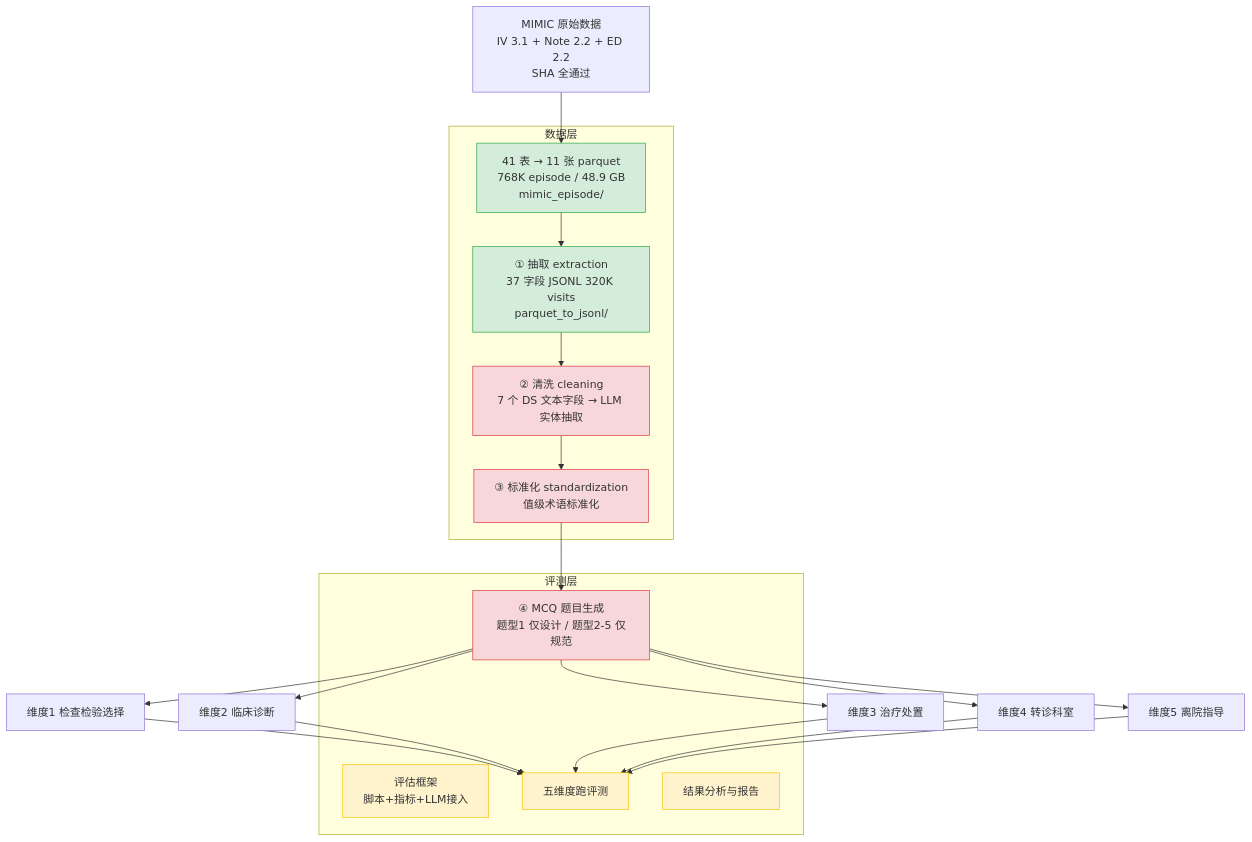
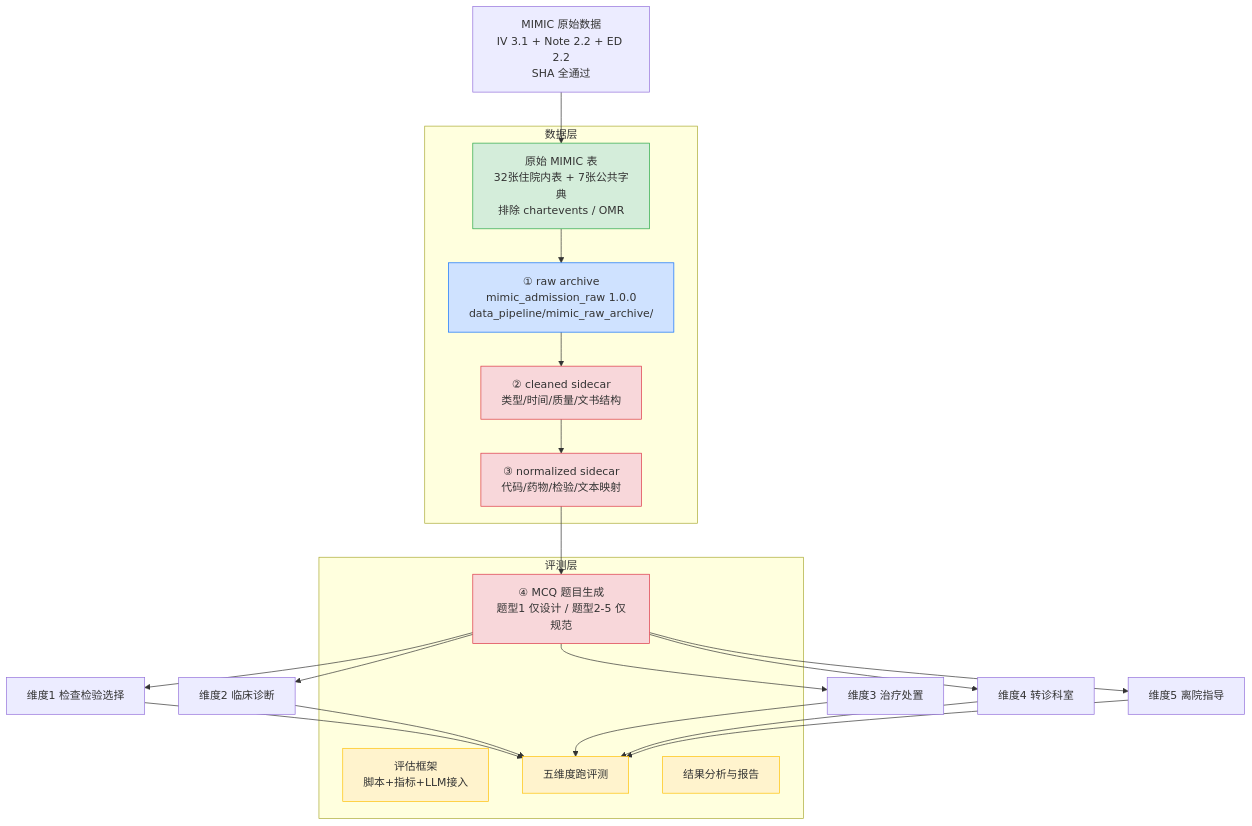
The diagram in docs/项目流程梳理与推进计划.md (wangyaobupt/llm_benchmark), drawn with Mermaid before and after one commit. The commit also changed other lines of this file and 119 other files, not shown here.

````diff
--- a/docs/项目流程梳理与推进计划.md
+++ b/docs/项目流程梳理与推进计划.md
@@ -25,37 +24,37 @@
 ```mermaid
 flowchart TD
     RAW["MIMIC 原始数据<br/>IV 3.1 + Note 2.2 + ED 2.2<br/>SHA 全通过"]
 
     subgraph DATA["数据层"]
-        D0["41 表 → 11 张 parquet<br/>768K episode / 48.9 GB<br/>mimic_episode/"]:::done
-        D1["① 抽取 extraction<br/>37 字段 JSONL 320K visits<br/>parquet_to_jsonl/"]:::done
-        D2["② 清洗 cleaning<br/>7 个 DS 文本字段 → LLM 实体抽取"]:::block
-        D3["③ 标准化 standardization<br/>值级术语标准化"]:::block
+        D0["原始 MIMIC 表<br/>32张住院内表 + 7张公共字典<br/>排除 chartevents / OMR"]:::done
+        D1["① raw archive<br/>mimic_admission_raw 1.0.0<br/>data_pipeline/mimic_raw_archive/"]:::active
+        D2["② cleaned sidecar<br/>类型/时间/质量/文书结构"]:::block
+        D3["③ normalized sidecar<br/>代码/药物/检验/文本映射"]:::block
     end
 
     subgraph EVAL["评测层"]
         E0["④ MCQ 题目生成<br/>题型1 仅设计 / 题型2-5 仅规范"]:::block
         E1["评估框架<br/>脚本+指标+LLM接入"]:::todo
         E2["五维度跑评测"]:::todo
         E3["结果分析与报告"]:::todo
     end
 
-    RAW --> D0
-    D0 --> D1
+    RAW --> D0 --> D1
     D1 --> D2 --> D3
     D3 --> E0
     E0 --> Q1["维度1 检查检验选择"]
     E0 --> Q2["维度2 临床诊断"]
     E0 --> Q3["维度3 治疗处置"]
     E0 --> Q4["维度4 转诊科室"]
     E0 --> Q5["维度5 离院指导"]
     Q1 --> E2
     Q2 --> E2
     Q3 --> E2
     Q4 --> E2
     Q5 --> E2
 
     classDef done fill:#d4edda,stroke:#28a745
+    classDef active fill:#cfe2ff,stroke:#0d6efd
     classDef block fill:#f8d7da,stroke:#dc3545
     classDef todo fill:#fff3cd,stroke:#ffc107
 ```
````
